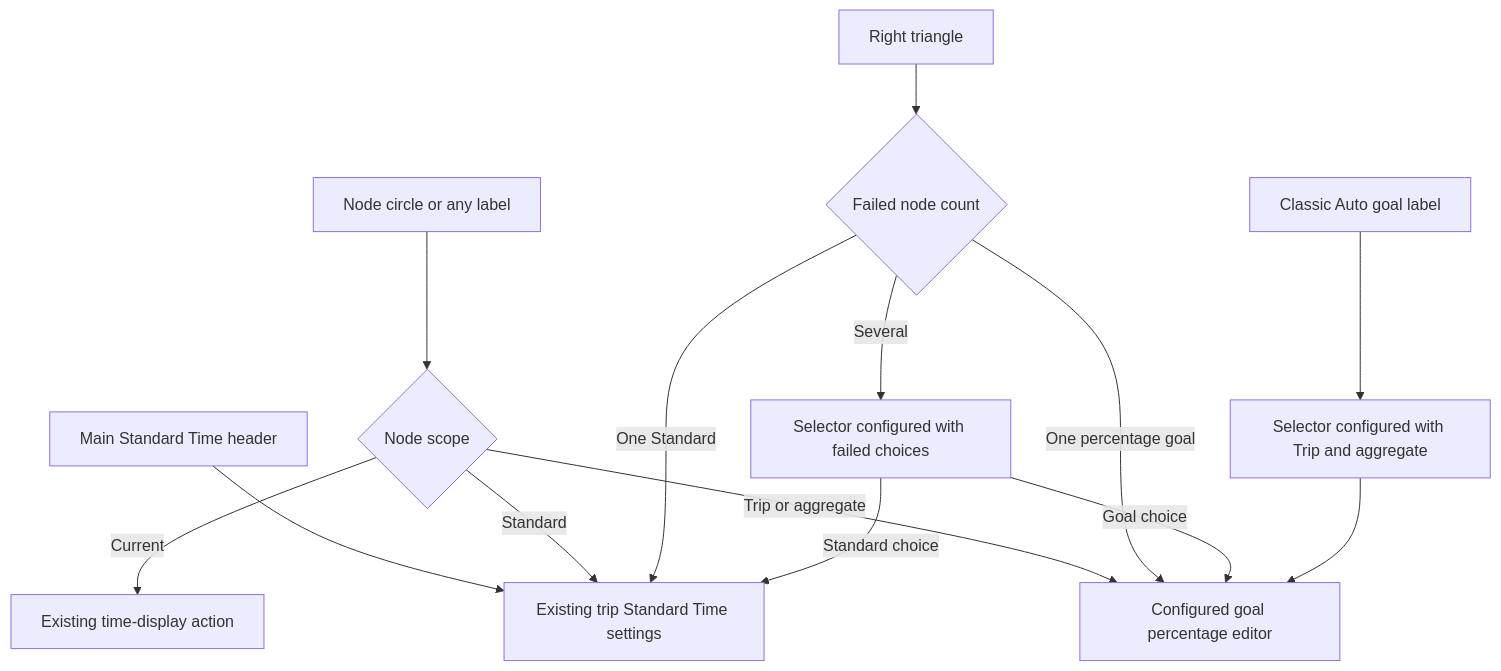
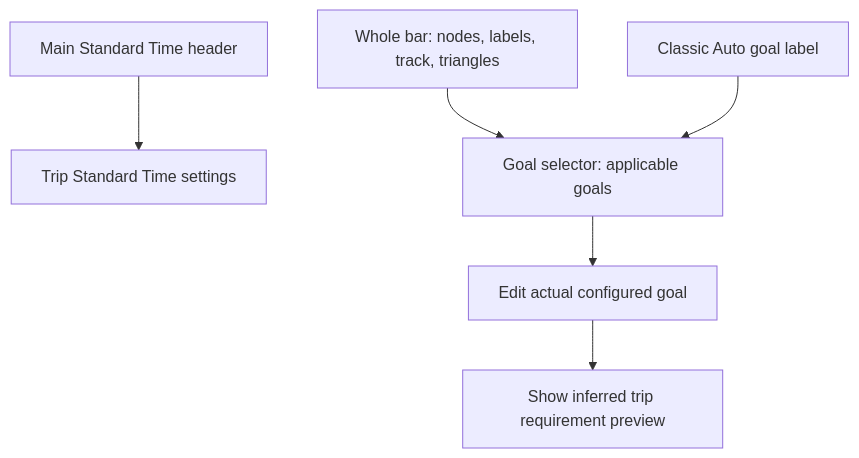
Before and after one commit to sashort/ClockTimer: the diagram in docs/goal-bar.md, drawn with Mermaid. The commit also changed other lines of this file and 27 other files, not shown here.

Commit message:
Use one goal-bar action and show actual and inferred goal details

````diff
--- a/docs/goal-bar.md
+++ b/docs/goal-bar.md
@@ -210,16 +204,8 @@
 ```mermaid
 flowchart TD
-    H[Main Standard Time header] --> T[Existing trip Standard Time settings]
-    N[Node circle or any label] --> S{Node scope}
-    S -->|Standard| T
-    S -->|Trip or aggregate| P[Configured goal percentage editor]
-    S -->|Current| D[Existing time-display action]
-    R[Right triangle] --> F{Failed node count}
-    F -->|One Standard| T
-    F -->|One percentage goal| P
-    F -->|Several| C[Selector configured with failed choices]
-    L[Classic Auto goal label] --> A[Selector configured with Trip and aggregate]
-    C -->|Standard choice| T
-    C -->|Goal choice| P
-    A --> P
+    H[Main Standard Time header] --> T[Trip Standard Time settings]
+    B[Whole bar: nodes, labels, track, triangles] --> C[Goal selector: applicable goals]
+    L[Classic Auto goal label] --> C
+    C --> P[Edit actual configured goal]
+    P --> I[Show inferred trip requirement preview]
 ```
````
